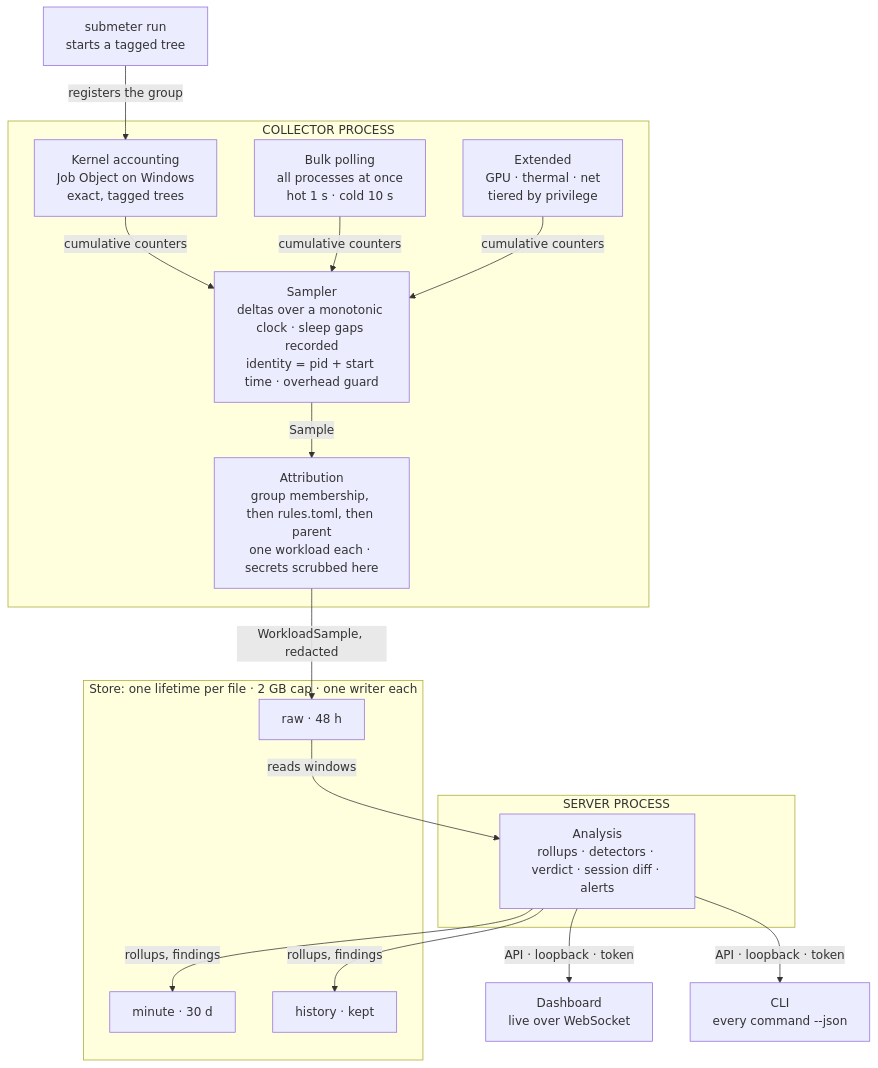
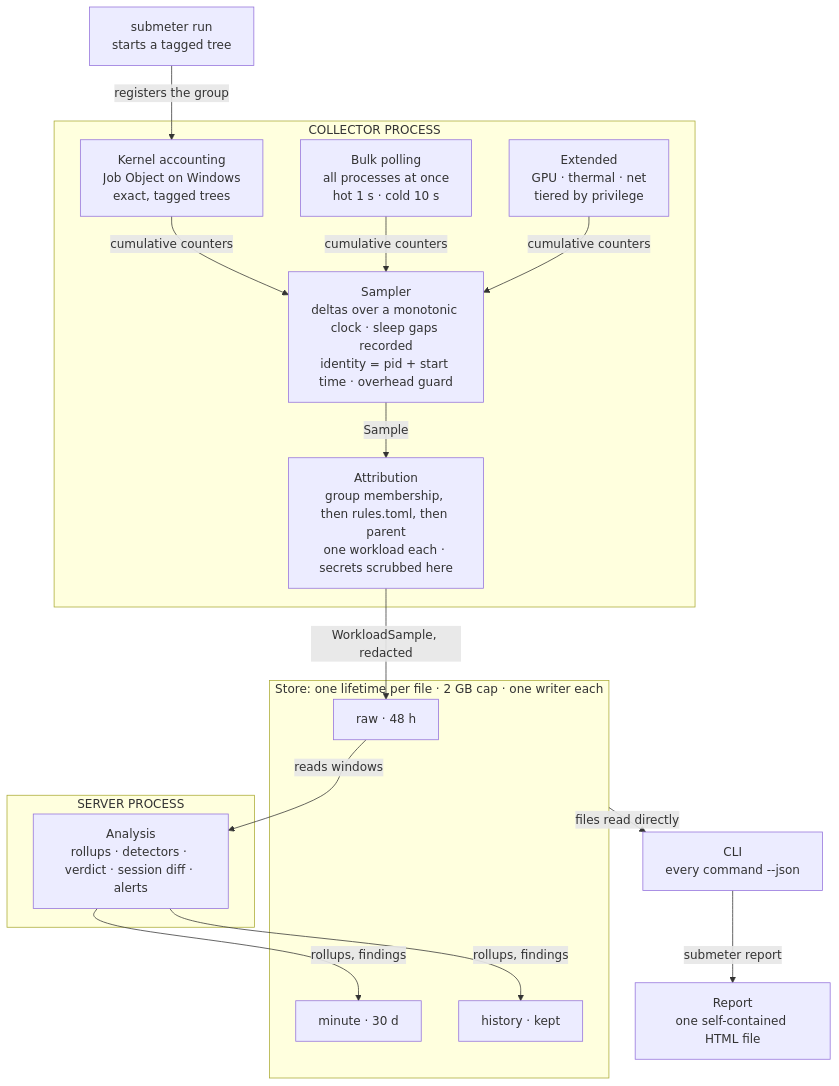
Before and after one commit to therealestmatthew/submeter-pc-monitor: the diagram in docs/05-data-flow.md, drawn with Mermaid. The commit also changed other lines of this file and 14 other files, not shown here.

First line of the commit message:
R150: Make v1 CLI-first; the API and dashboard move to v1.1

````diff
--- a/docs/05-data-flow.md
+++ b/docs/05-data-flow.md
@@ -7,32 +7,32 @@
 ```mermaid
 flowchart TD
     run["submeter run<br/>starts a tagged tree"]
     subgraph collector["COLLECTOR PROCESS"]
         ka["Kernel accounting<br/>Job Object on Windows<br/>exact, tagged trees"]
         bp["Bulk polling<br/>all processes at once<br/>hot 1 s · cold 10 s"]
         ex["Extended<br/>GPU · thermal · net<br/>tiered by privilege"]
         sampler["Sampler<br/>deltas over a monotonic clock · sleep gaps recorded<br/>identity = pid + start time · overhead guard"]
         attribution["Attribution<br/>group membership, then rules.toml, then parent<br/>one workload each · secrets scrubbed here"]
     end
     subgraph store["Store: one lifetime per file · 2 GB cap · one writer each"]
         raw["raw · 48 h"]
         minute["minute · 30 d"]
         history["history · kept"]
     end
     subgraph server["SERVER PROCESS"]
         analysis["Analysis<br/>rollups · detectors · verdict · session diff · alerts"]
     end
-    dashboard["Dashboard<br/>live over WebSocket"]
     cli["CLI<br/>every command --json"]
+    report["Report<br/>one self-contained HTML file"]
     run -->|registers the group| ka
     ka -->|cumulative counters| sampler
     bp -->|cumulative counters| sampler
     ex -->|cumulative counters| sampler
     sampler -->|Sample| attribution
     attribution -->|WorkloadSample, redacted| raw
     raw -->|reads windows| analysis
     analysis -->|rollups, findings| minute
     analysis -->|rollups, findings| history
-    analysis -->|API · loopback · token| dashboard
-    analysis -->|API · loopback · token| cli
+    store -->|files read directly| cli
+    cli -->|submeter report| report
 ```
````
